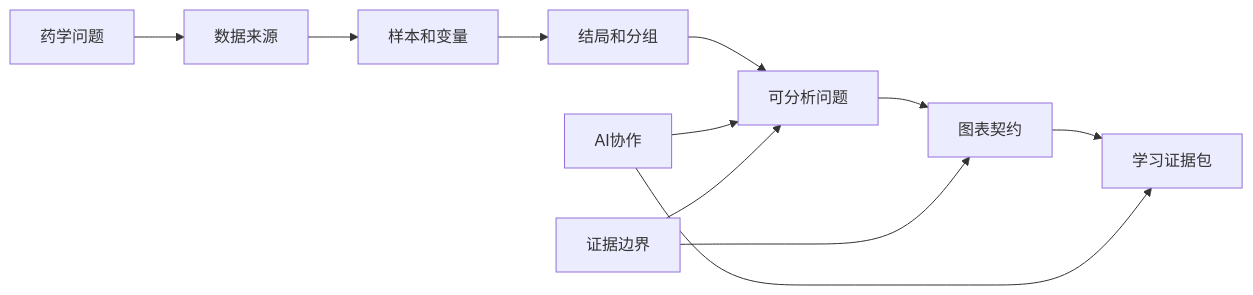
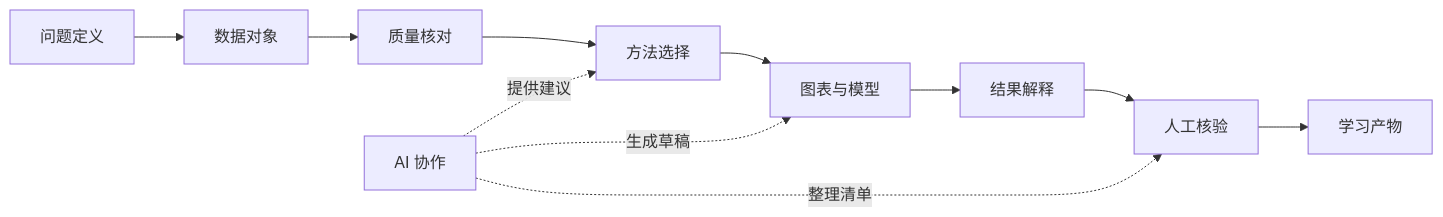
The first of 3 diagrams in docs/chapters/chapter-1/index.md (luvega/AI_MED_DataVis), drawn with Mermaid before and after one commit. The commit also changed other lines of this file and 84 other files, not shown here.

````diff
--- a/docs/chapters/chapter-1/index.md
+++ b/docs/chapters/chapter-1/index.md
@@ -64,13 +36,13 @@
 ```mermaid
 flowchart LR
-  A["药学问题"] --> B["数据来源"]
-  B --> C["样本和变量"]
-  C --> D["结局和分组"]
-  D --> E["可分析问题"]
-  E --> F["图表契约"]
-  F --> G["学习证据包"]
-  H["AI协作"] --> E
-  H --> G
-  I["证据边界"] --> E
-  I --> F
+  A["问题定义"] --> B["数据对象"]
+  B --> C["质量核对"]
+  C --> D["方法选择"]
+  D --> E["图表与模型"]
+  E --> F["结果解释"]
+  F --> G["人工核验"]
+  G --> H["学习产物"]
+  I["AI 协作"] -.提供建议.-> D
+  I -.生成草稿.-> E
+  I -.整理清单.-> G
 ```
````
